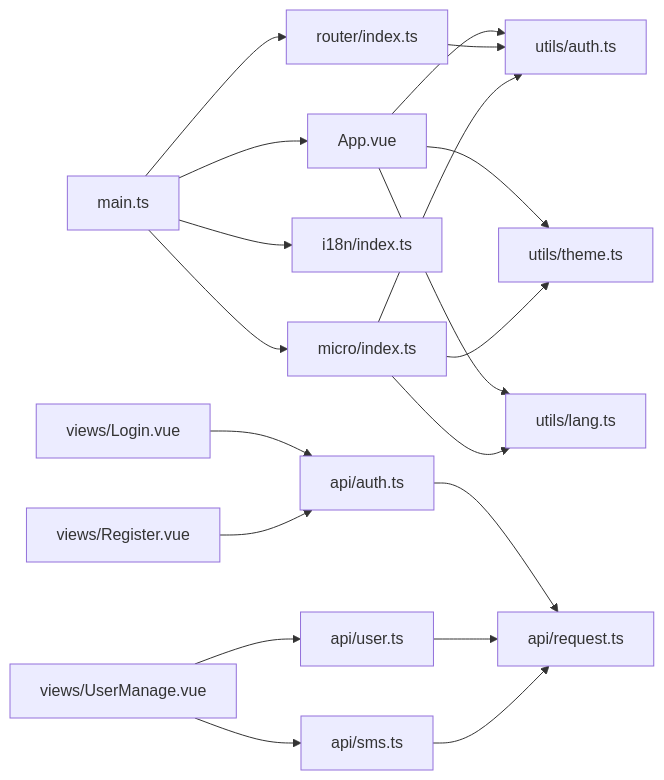
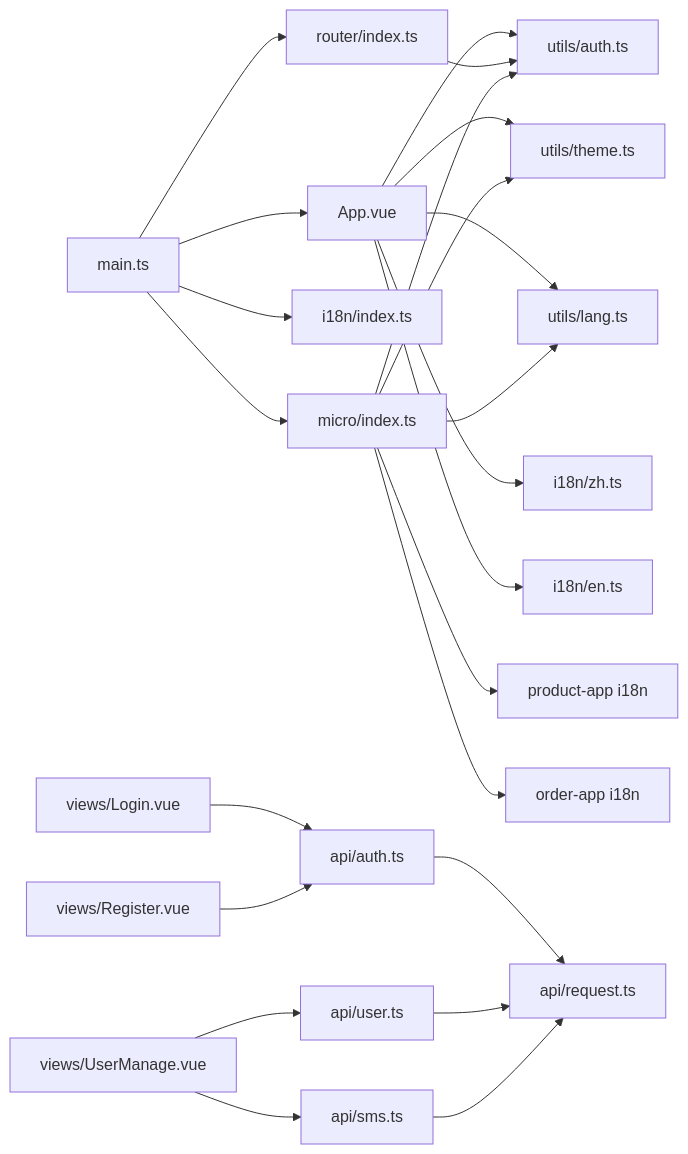
The ninth of 9 diagrams in .qoder/repowiki/zh/content/前端架构设计/主应用(base-app).md (haohailiang/qoder-fullstack), drawn with Mermaid before and after one commit. The commit also changed other lines of this file and 44 other files, not shown here.

````diff
--- a/.qoder/repowiki/zh/content/前端架构设计/主应用(base-app).md
+++ b/.qoder/repowiki/zh/content/前端架构设计/主应用(base-app).md
@@ -350,21 +413,25 @@
 ```mermaid
 graph LR
 main_ts["main.ts"] --> app_vue["App.vue"]
 main_ts --> router_idx["router/index.ts"]
 main_ts --> i18n_idx["i18n/index.ts"]
 main_ts --> micro_idx["micro/index.ts"]
 app_vue --> utils_auth["utils/auth.ts"]
 app_vue --> utils_theme["utils/theme.ts"]
 app_vue --> utils_lang["utils/lang.ts"]
+app_vue --> i18n_zh["i18n/zh.ts"]
+app_vue --> i18n_en["i18n/en.ts"]
 router_idx --> utils_auth
 views_login["views/Login.vue"] --> api_auth["api/auth.ts"]
 views_register["views/Register.vue"] --> api_auth
 views_usermanage["views/UserManage.vue"] --> api_user["api/user.ts"]
 views_usermanage --> api_sms["api/sms.ts"]
 api_auth --> api_request["api/request.ts"]
 api_user --> api_request
 api_sms --> api_request
 micro_idx --> utils_auth
 micro_idx --> utils_theme
 micro_idx --> utils_lang
+micro_idx --> sub_product["product-app i18n"]
+micro_idx --> sub_order["order-app i18n"]
 ```
````
